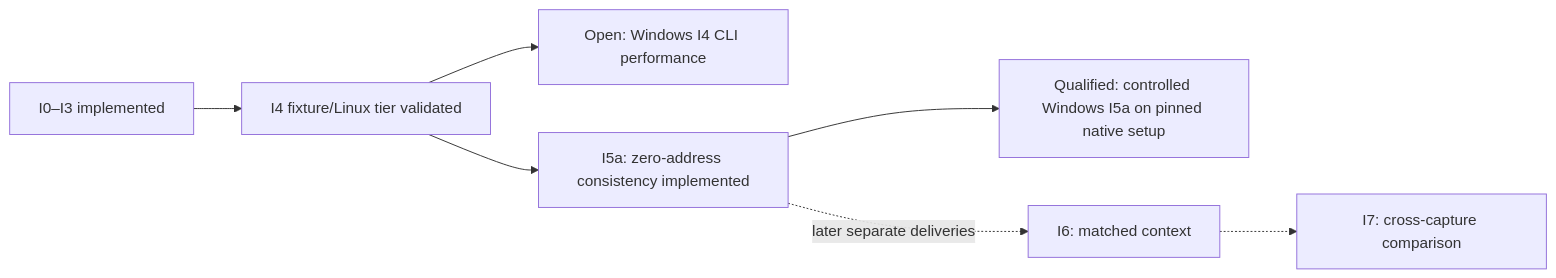
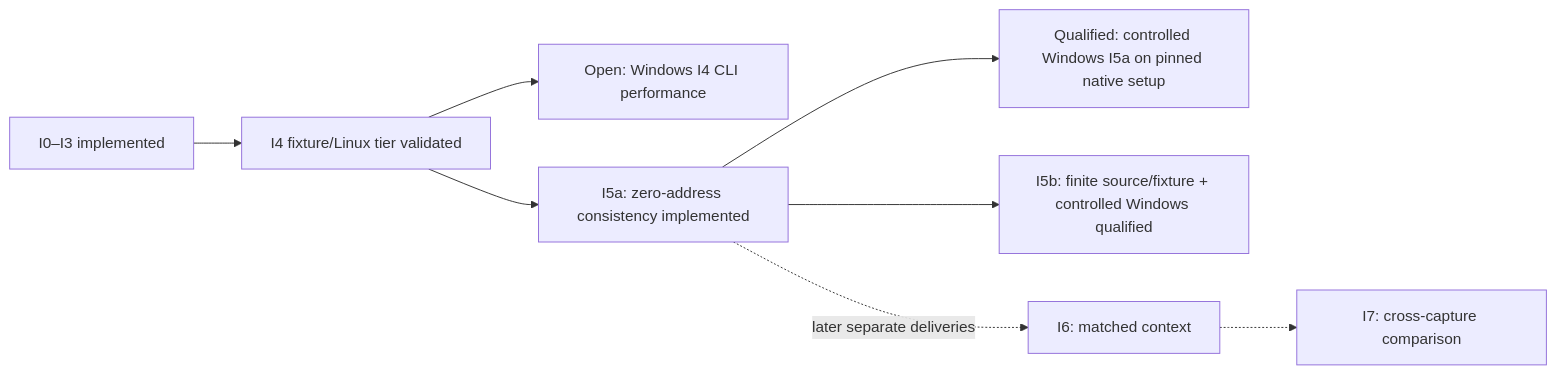
Before and after one commit to NzSN/Ariadne: the diagram in Plans/investigation-layer.md, drawn with Mermaid. The commit also changed other lines of this file and 116 other files, not shown here.

````diff
--- a/Plans/investigation-layer.md
+++ b/Plans/investigation-layer.md
@@ -63,9 +72,10 @@
 ```mermaid
 flowchart LR
     Delivered["I0–I3 implemented"] --> Tier["I4 fixture/Linux tier validated"]
     Tier --> Windows["Open: Windows I4 CLI performance"]
     Tier --> I5["I5a: zero-address consistency implemented"]
     I5 --> I5Windows["Qualified: controlled Windows I5a on pinned native setup"]
+    I5 --> I5b["I5b: finite source/fixture + controlled Windows qualified"]
     I5 -. "later separate deliveries" .-> I6["I6: matched context"]
     I6 -.-> I7["I7: cross-capture comparison"]
 ```
````
